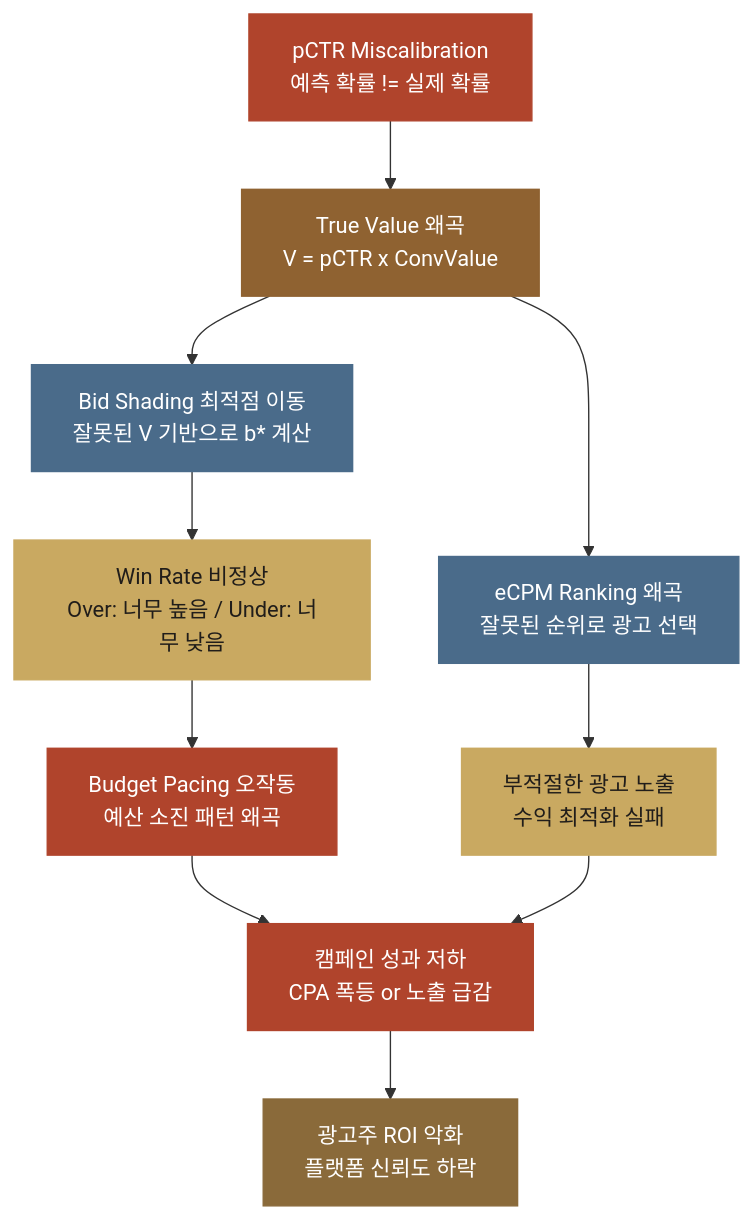
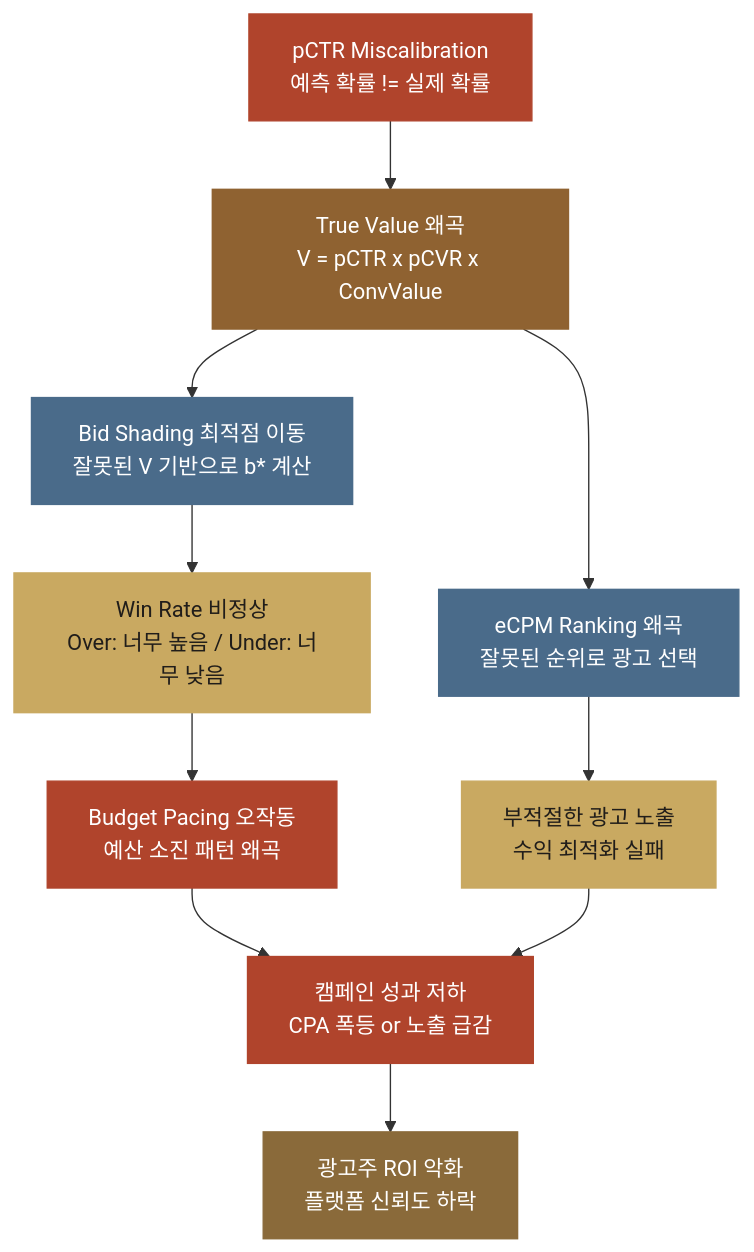
One commit to chkimsu/adtech-blog changed the first of 3 diagrams in posts-easy/calibration.md. Above: the diagram before and after it, drawn with Mermaid. The commit also changed other lines of this file and 1 other file, not shown here.

````diff
--- a/posts-easy/calibration.md
+++ b/posts-easy/calibration.md
@@ -255,22 +255,22 @@
 ```mermaid
 graph TD
-    A["pCTR Miscalibration<br/>예측 확률 != 실제 확률"] --> B["True Value 왜곡<br/>V = pCTR x ConvValue"]
+    A["pCTR Miscalibration<br/>예측 확률 != 실제 확률"] --> B["True Value 왜곡<br/>V = pCTR x pCVR x ConvValue"]
     B --> C["Bid Shading 최적점 이동<br/>잘못된 V 기반으로 b* 계산"]
     B --> D["eCPM Ranking 왜곡<br/>잘못된 순위로 광고 선택"]
     C --> E["Win Rate 비정상<br/>Over: 너무 높음 / Under: 너무 낮음"]
     D --> F["부적절한 광고 노출<br/>수익 최적화 실패"]
     E --> G["Budget Pacing 오작동<br/>예산 소진 패턴 왜곡"]
     G --> H["캠페인 성과 저하<br/>CPA 폭등 or 노출 급감"]
     F --> H
     H --> I["광고주 ROI 악화<br/>플랫폼 신뢰도 하락"]
 
     style A fill:#b0442c,stroke:#b0442c,color:#fff
     style B fill:#8f6231,stroke:#8f6231,color:#fff
     style C fill:#4a6b8a,stroke:#4a6b8a,color:#fff
     style D fill:#4a6b8a,stroke:#4a6b8a,color:#fff
     style E fill:#c9a961,stroke:#c9a961,color:#201d1a
     style F fill:#c9a961,stroke:#c9a961,color:#201d1a
     style G fill:#b0442c,stroke:#b0442c,color:#fff
     style H fill:#b0442c,stroke:#b0442c,color:#fff
     style I fill:#8a6a3a,stroke:#8a6a3a,color:#fff
 ```
````
